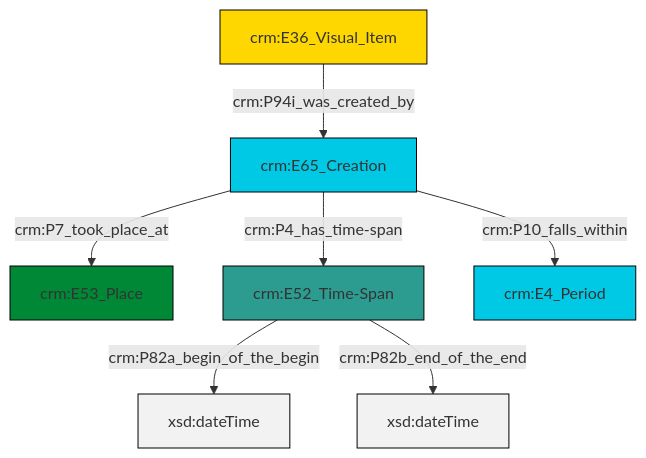
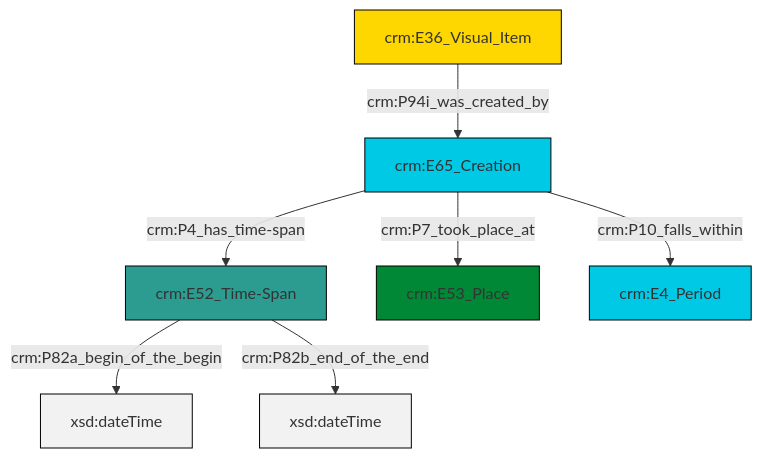
Before and after one commit to swiss-art-research-net/docs.swissartresearch: the diagram in et/imgCSV/ttl/mmd/img_existence.ttl.mmd, drawn with Mermaid. The commit also changed 201 other files, not shown here.

```diff
--- a/et/imgCSV/ttl/mmd/img_existence.ttl.mmd
+++ b/et/imgCSV/ttl/mmd/img_existence.ttl.mmd
@@ -1,21 +1,21 @@
 graph TD
 classDef Literal fill:#f2f2f2,stroke:#000000;
 classDef CRM_Entity fill:#FFFFFF,stroke:#000000;
 classDef Temporal_Entity fill:#00C9E6, stroke:#000000;
 classDef Type fill:#E18312, stroke:#000000;
 classDef Time-Span fill:#2C9C91, stroke:#000000;
 classDef Appellation fill:#FFEB7F, stroke:#000000;
 classDef Place fill:#008836, stroke:#000000;
 classDef Persistent_Item fill:#B266B2, stroke:#000000;
 classDef Conceptual_Object fill:#FFD700, stroke:#000000;
 classDef Physical_Thing fill:#D2B48C, stroke:#000000;
 classDef Actor fill:#f58aad, stroke:#000000;
 classDef PC_Classes fill:#4ce600, stroke:#000000;
 classDef Multi fill:#cccccc,stroke:#000000;
 
-0["crm:E65_Creation"]:::Temporal_Entity -->|crm:P7_took_place_at| 1["crm:E53_Place"]:::Place
-0["crm:E65_Creation"]:::Temporal_Entity -->|crm:P4_has_time-span| 2["crm:E52_Time-Span"]:::Time-Span
-2["crm:E52_Time-Span"]:::Time-Span -->|crm:P82a_begin_of_the_begin| 3[xsd:dateTime]:::Literal
-2["crm:E52_Time-Span"]:::Time-Span -->|crm:P82b_end_of_the_end| 8[xsd:dateTime]:::Literal
-0["crm:E65_Creation"]:::Temporal_Entity -->|crm:P10_falls_within| 4["crm:E4_Period"]:::Temporal_Entity
-6["crm:E36_Visual_Item"]:::Conceptual_Object -->|crm:P94i_was_created_by| 0["crm:E65_Creation"]:::Temporal_Entity
+0["crm:E36_Visual_Item"]:::Conceptual_Object -->|crm:P94i_was_created_by| 1["crm:E65_Creation"]:::Temporal_Entity
+2["crm:E52_Time-Span"]:::Time-Span -->|crm:P82a_begin_of_the_begin| 4[xsd:dateTime]:::Literal
+1["crm:E65_Creation"]:::Temporal_Entity -->|crm:P4_has_time-span| 2["crm:E52_Time-Span"]:::Time-Span
+2["crm:E52_Time-Span"]:::Time-Span -->|crm:P82b_end_of_the_end| 6[xsd:dateTime]:::Literal
+1["crm:E65_Creation"]:::Temporal_Entity -->|crm:P7_took_place_at| 7["crm:E53_Place"]:::Place
+1["crm:E65_Creation"]:::Temporal_Entity -->|crm:P10_falls_within| 8["crm:E4_Period"]:::Temporal_Entity
```
